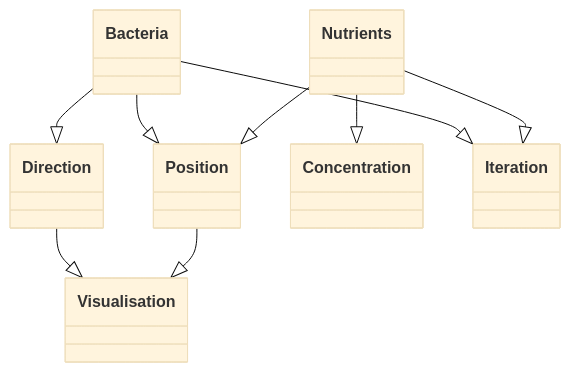
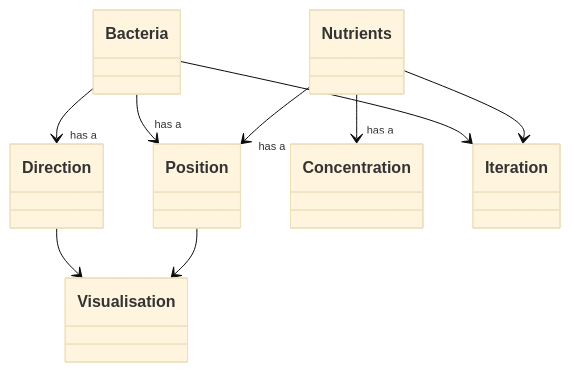
Before and after one commit to programming-formalisms/programming_formalisms_project_summer_2024: the diagram in learners/aitor/Object_diagram.md, drawn with Mermaid (base theme).

Commit message:
Update Object_diagram.md
- Change arrows to association.
- Add labels

````diff
--- a/learners/aitor/Object_diagram.md
+++ b/learners/aitor/Object_diagram.md
@@ -1,11 +1,11 @@
 ```mermaid
     classDiagram
-        Position --|> Visualisation
-        Direction--|> Visualisation
-        Nutrients --|> Position
-        Nutrients --|> Concentration
-        Nutrients --|> Iteration
-        Bacteria --|>  Direction
-        Bacteria --|>  Iteration
-        Bacteria --|>  Position
+        Position --> Visualisation
+        Direction--> Visualisation
+        Nutrients --> "has a" Position
+        Nutrients --> "has a" Concentration
+        Nutrients --> Iteration
+        Bacteria --> "has a"  Direction
+        Bacteria -->  Iteration
+        Bacteria --> "has a" Position
 ```
````
